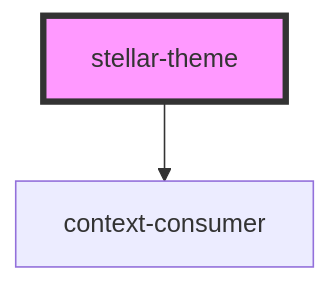
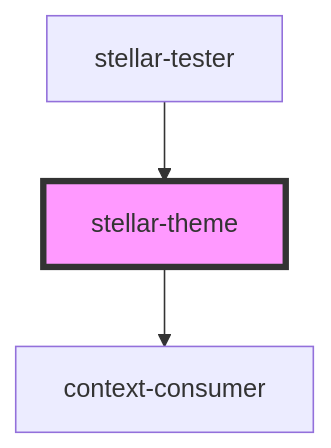
The diagram in src/components/helpers/theme/readme.md (splitinfinities/Stellar), drawn with Mermaid before and after one commit. The commit also changed other lines of this file and 4 other files, not shown here.

````diff
--- a/src/components/helpers/theme/readme.md
+++ b/src/components/helpers/theme/readme.md
@@ -25,5 +31,6 @@
 ```mermaid
 graph TD;
   stellar-theme --> context-consumer
+  stellar-tester --> stellar-theme
   style stellar-theme fill:#f9f,stroke:#333,stroke-width:4px
 ```
````
